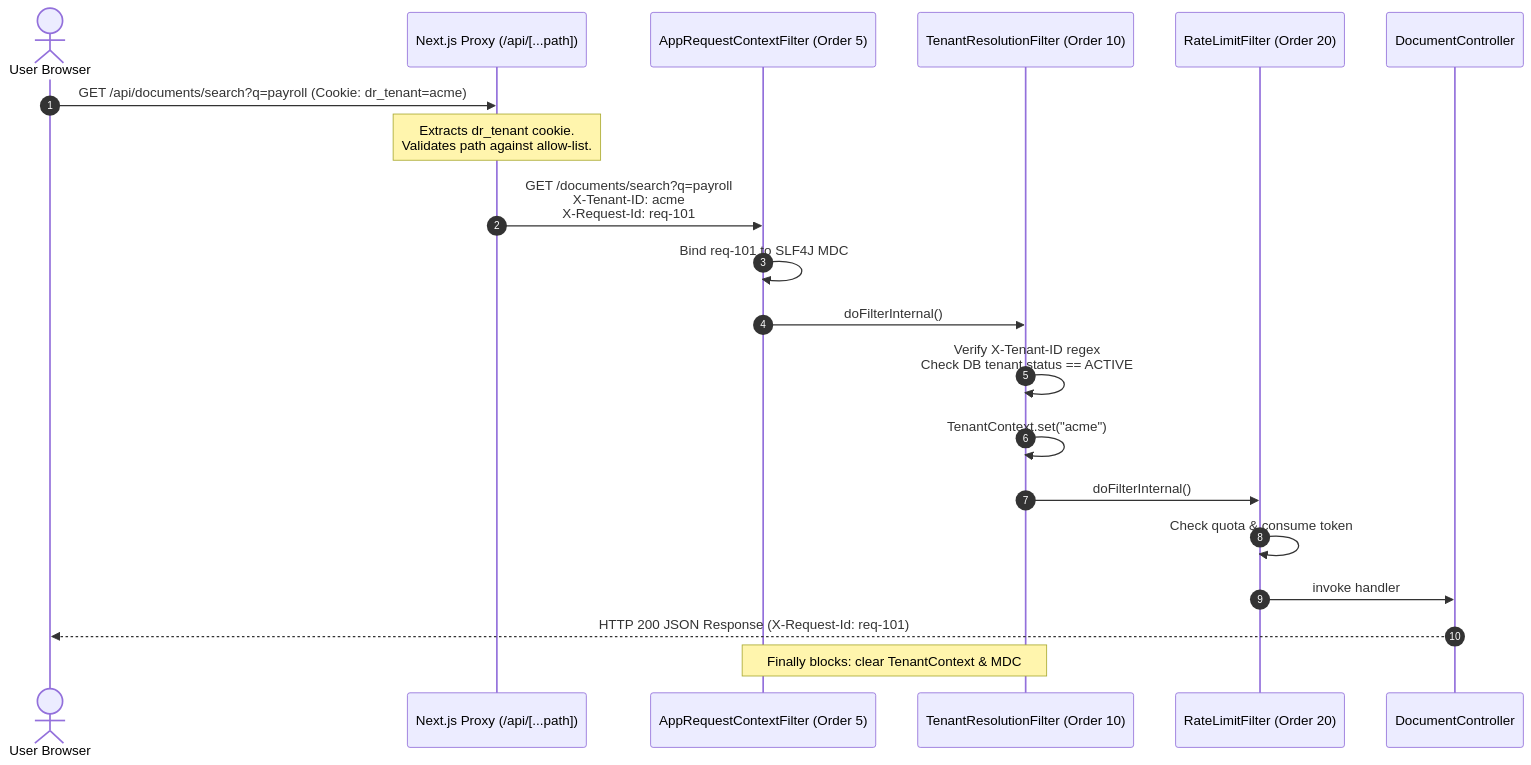
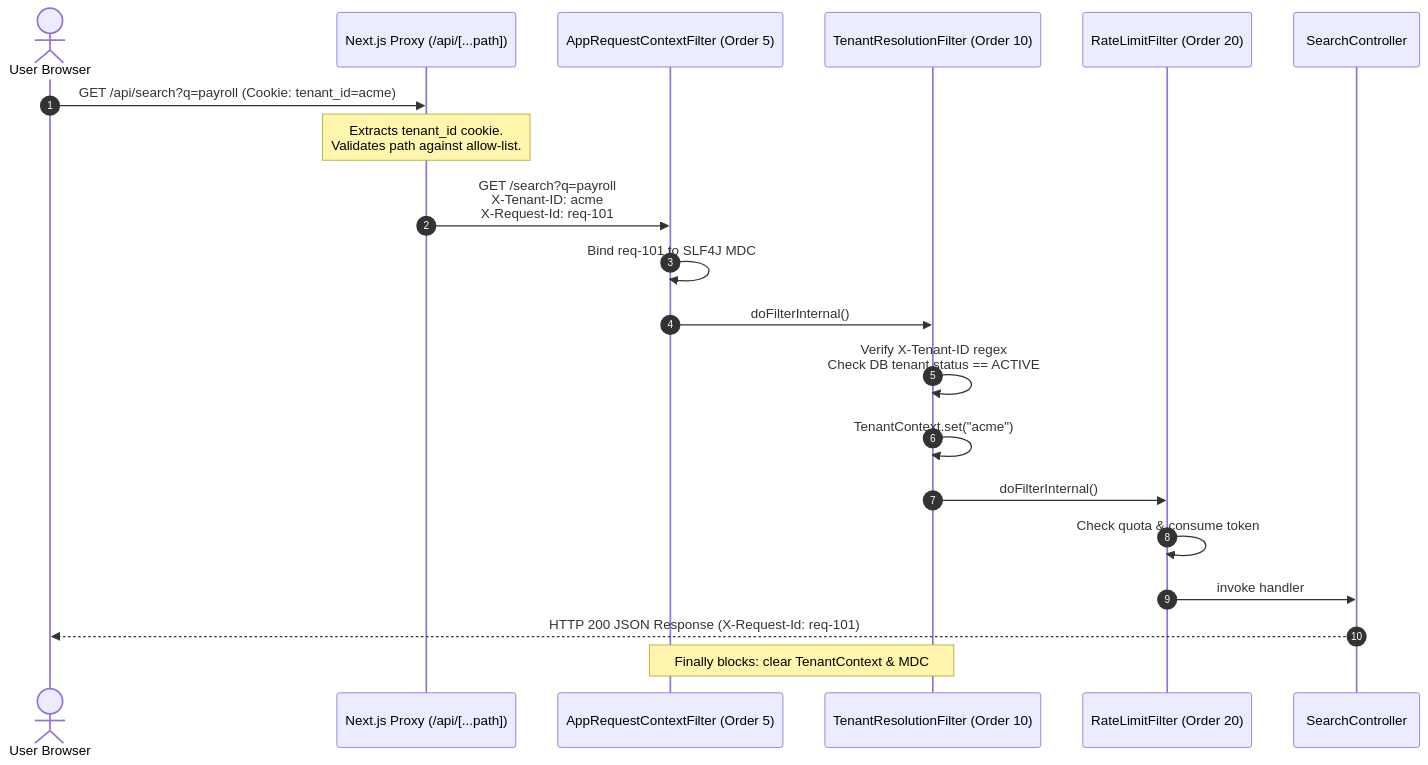
Before and after one commit to RishabhJM/distributed-document-search: the first of 8 diagrams in docs/ARCHITECTURE_REVIEW.md, drawn with Mermaid. The commit also changed other lines of this file, not shown here.

Commit message:
docs: expand Master Architecture & User Flows Review document with UI journeys and trade-off scorecards

````diff
--- a/docs/ARCHITECTURE_REVIEW.md
+++ b/docs/ARCHITECTURE_REVIEW.md
@@ -125,27 +127,27 @@
 ```mermaid
 sequenceDiagram
     autonumber
     actor User as User Browser
     participant Proxy as Next.js Proxy (/api/[...path])
     participant AppFilter as AppRequestContextFilter (Order 5)
     participant TenFilter as TenantResolutionFilter (Order 10)
     participant RateFilter as RateLimitFilter (Order 20)
-    participant Controller as DocumentController
+    participant Controller as SearchController
 
-    User->>Proxy: GET /api/documents/search?q=payroll (Cookie: dr_tenant=acme)
-    Note over Proxy: Extracts dr_tenant cookie.<br/>Validates path against allow-list.
-    Proxy->>AppFilter: GET /documents/search?q=payroll<br/>X-Tenant-ID: acme<br/>X-Request-Id: req-101
+    User->>Proxy: GET /api/search?q=payroll (Cookie: tenant_id=acme)
+    Note over Proxy: Extracts tenant_id cookie.<br/>Validates path against allow-list.
+    Proxy->>AppFilter: GET /search?q=payroll<br/>X-Tenant-ID: acme<br/>X-Request-Id: req-101
     
     AppFilter->>AppFilter: Bind req-101 to SLF4J MDC
     AppFilter->>TenFilter: doFilterInternal()
     
     TenFilter->>TenFilter: Verify X-Tenant-ID regex<br/>Check DB tenant status == ACTIVE
     TenFilter->>TenFilter: TenantContext.set("acme")
     TenFilter->>RateFilter: doFilterInternal()
     
     RateFilter->>RateFilter: Check quota & consume token
     RateFilter->>Controller: invoke handler
     Controller-->>User: HTTP 200 JSON Response (X-Request-Id: req-101)
     
     Note over TenFilter,AppFilter: Finally blocks: clear TenantContext & MDC
 ```
````
